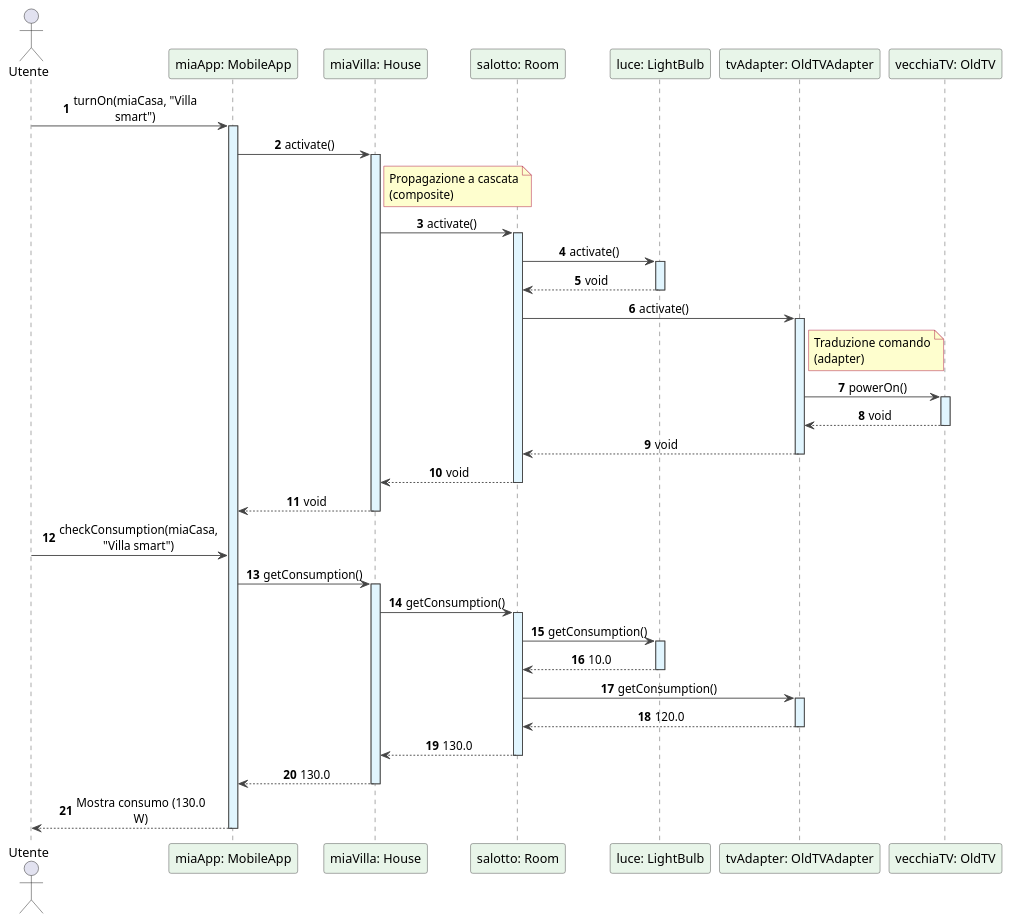
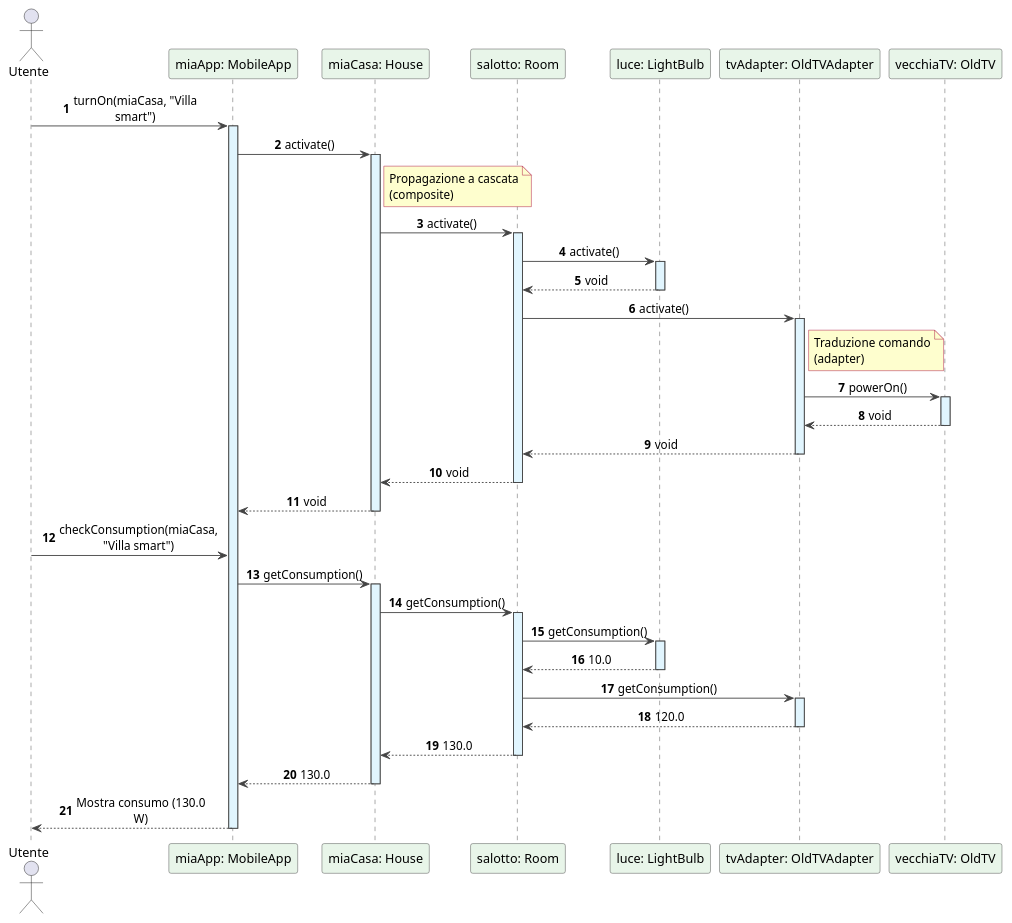
Before and after one commit to AndreaDiPietro0/SmartHomeSWE: the diagram in uml/sequence_composite_adapter.puml, drawn with PlantUML. The commit also changed 1 other file, not shown here.

```diff
--- a/uml/sequence_composite_adapter.puml
+++ b/uml/sequence_composite_adapter.puml
@@ -1,82 +1,82 @@
 @startuml
 autonumber
 skinparam maxMessageSize 150
 skinparam sequenceMessageAlign center
 
 skinparam NoteBackgroundColor #FEFECE
 skinparam NoteBorderColor #A80036
 skinparam sequence {
     ArrowColor #444444
     LifeLineBorderColor #444444
     LifeLineBackgroundColor #E1F5FE
     ParticipantBorderColor #444444
     ParticipantBackgroundColor #E8F5E9
 }
 
 actor Utente as U
 participant "miaApp: MobileApp" as App
-participant "miaVilla: House" as H
+participant "miaCasa: House" as H
 participant "salotto: Room" as R
 participant "luce: LightBulb" as L
 participant "tvAdapter: OldTVAdapter" as Adp
 participant "vecchiaTV: OldTV" as TV
 
 U -> App : turnOn(miaCasa, "Villa smart")
 activate App
 
 App -> H : activate()
 activate H
 note right of H : Propagazione a cascata\n(composite)
 
 H -> R : activate()
 activate R
 
 R -> L : activate()
 activate L
 L --> R : void
 deactivate L
 
 R -> Adp : activate()
 activate Adp
 note right of Adp : Traduzione comando\n(adapter)
 
 Adp -> TV : powerOn()
 activate TV
 TV --> Adp : void
 deactivate TV
 
 Adp --> R : void
 deactivate Adp
 
 R --> H : void
 deactivate R
 
 H --> App : void
 deactivate H
 
 U -> App : checkConsumption(miaCasa, "Villa smart")
 App -> H : getConsumption()
 activate H
 H -> R : getConsumption()
 activate R
 
 R -> L : getConsumption()
 activate L
 L --> R : 10.0
 deactivate L
 
 R -> Adp : getConsumption()
 activate Adp
 Adp --> R : 120.0
 deactivate Adp
 
 R --> H : 130.0
 deactivate R
 
 H --> App : 130.0
 deactivate H
 
 App --> U : Mostra consumo (130.0 W)
 deactivate App
 
 @enduml
```
